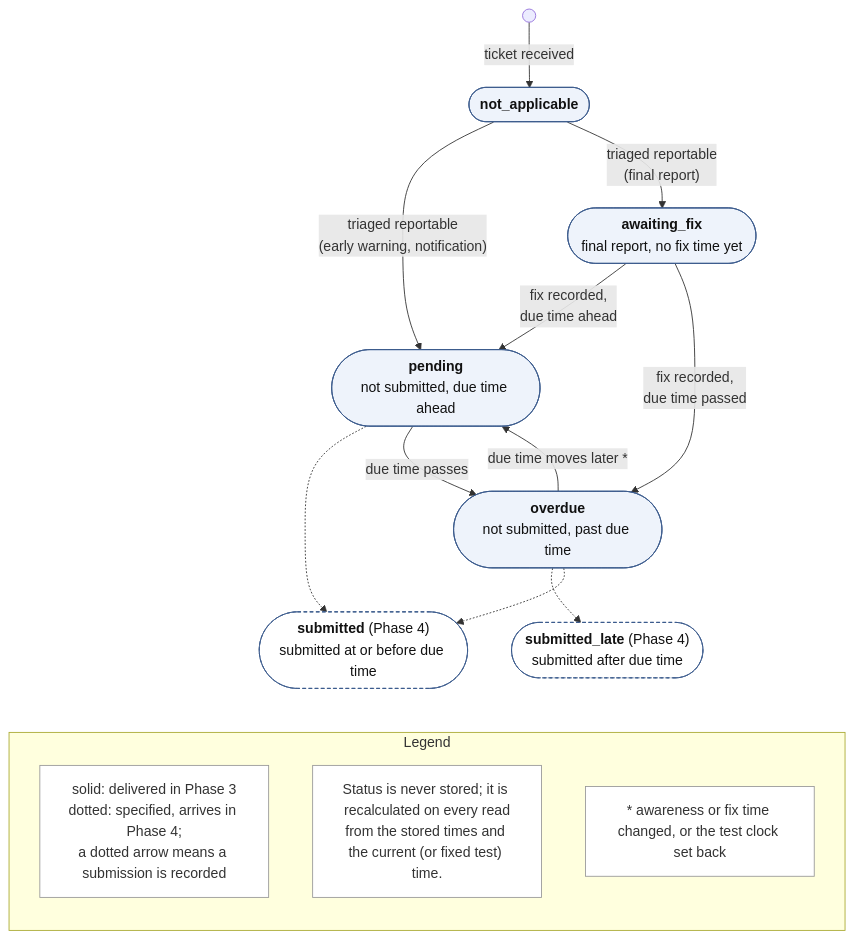
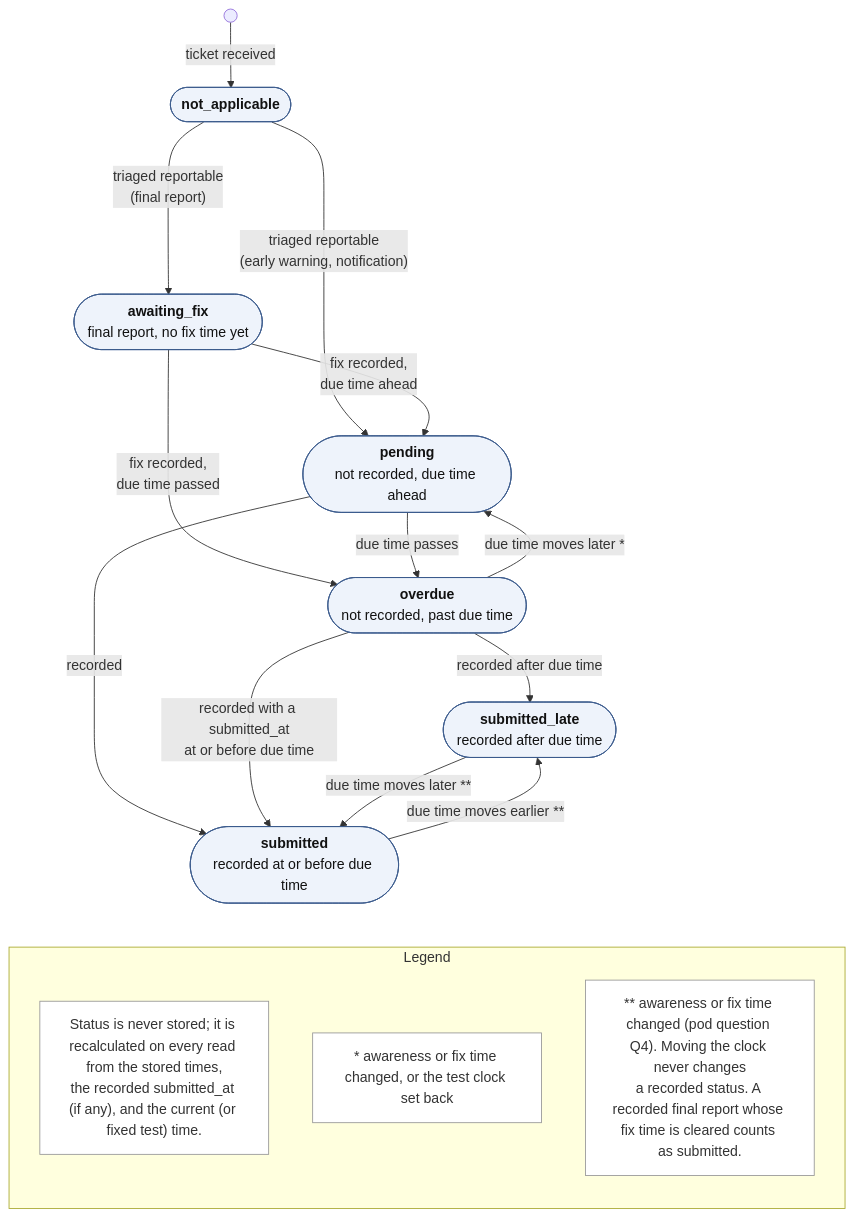
Before and after one commit to team17-ece30861/cra-service: the diagram in docs/models/model-b-report-status.mmd, drawn with Mermaid. The commit also changed 6 other files, not shown here.

Commit message:
Models as delivered in Phase 4 (A, B, architecture)

```diff
--- a/docs/models/model-b-report-status.mmd
+++ b/docs/models/model-b-report-status.mmd
@@ -1,25 +1,25 @@
 flowchart TB
   start((" ")) -->|"ticket received"| NA(["<b>not_applicable</b>"])
-  NA -->|"triaged reportable<br/>(early warning, notification)"| P(["<b>pending</b><br/>not submitted, due time ahead"])
   NA -->|"triaged reportable<br/>(final report)"| AF(["<b>awaiting_fix</b><br/>final report, no fix time yet"])
+  NA ---->|"triaged reportable<br/>(early warning, notification)"| P(["<b>pending</b><br/>not recorded, due time ahead"])
   AF -->|"fix recorded,<br/>due time ahead"| P
-  AF -->|"fix recorded,<br/>due time passed"| O(["<b>overdue</b><br/>not submitted, past due time"])
-  P -.-> S(["<b>submitted</b> (Phase 4)<br/>submitted at or before due time"])
+  AF -->|"fix recorded,<br/>due time passed"| O(["<b>overdue</b><br/>not recorded, past due time"])
   P -->|"due time passes"| O
   O -->|"due time moves later *"| P
-  O -.-> SL(["<b>submitted_late</b> (Phase 4)<br/>submitted after due time"])
-  O -.-> S
+  P -->|"recorded"| S(["<b>submitted</b><br/>recorded at or before due time"])
+  O -->|"recorded after due time"| SL(["<b>submitted_late</b><br/>recorded after due time"])
+  O -->|"recorded with a submitted_at<br/>at or before due time"| S
+  S -->|"due time moves earlier **"| SL
+  SL -->|"due time moves later **"| S
   subgraph legend["Legend"]
     direction TB
-    l1["solid: delivered in Phase 3<br/>dotted: specified, arrives in Phase 4;<br/>a dotted arrow means a submission is recorded"]
-    l2["Status is never stored; it is recalculated on every read<br/>from the stored times and the current (or fixed test) time."]
-    l3["* awareness or fix time changed, or the test clock set back"]
+    l1["Status is never stored; it is recalculated on every read from the stored times,<br/>the recorded submitted_at (if any), and the current (or fixed test) time."]
+    l2["* awareness or fix time changed, or the test clock set back"]
+    l3["** awareness or fix time changed (pod question Q4). Moving the clock never changes<br/>a recorded status. A recorded final report whose fix time is cleared counts as submitted."]
   end
   S ~~~ legend
   SL ~~~ legend
   classDef state fill:#eef3fb,stroke:#3b5b8c,color:#111
-  classDef planned fill:#ffffff,stroke:#3b5b8c,stroke-dasharray:4 3,color:#111
   classDef note fill:#ffffff,stroke:#999,color:#333
-  class NA,AF,P,O state
-  class S,SL planned
+  class NA,AF,P,O,S,SL state
   class l1,l2,l3 note
```
